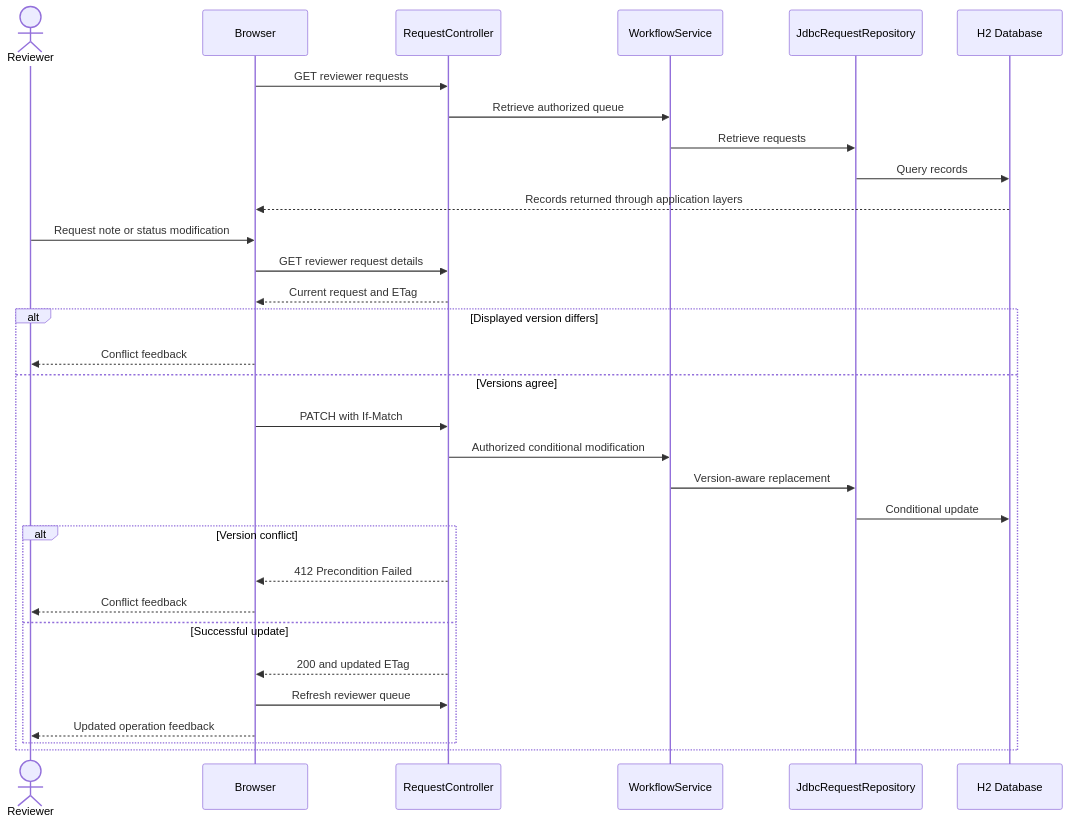
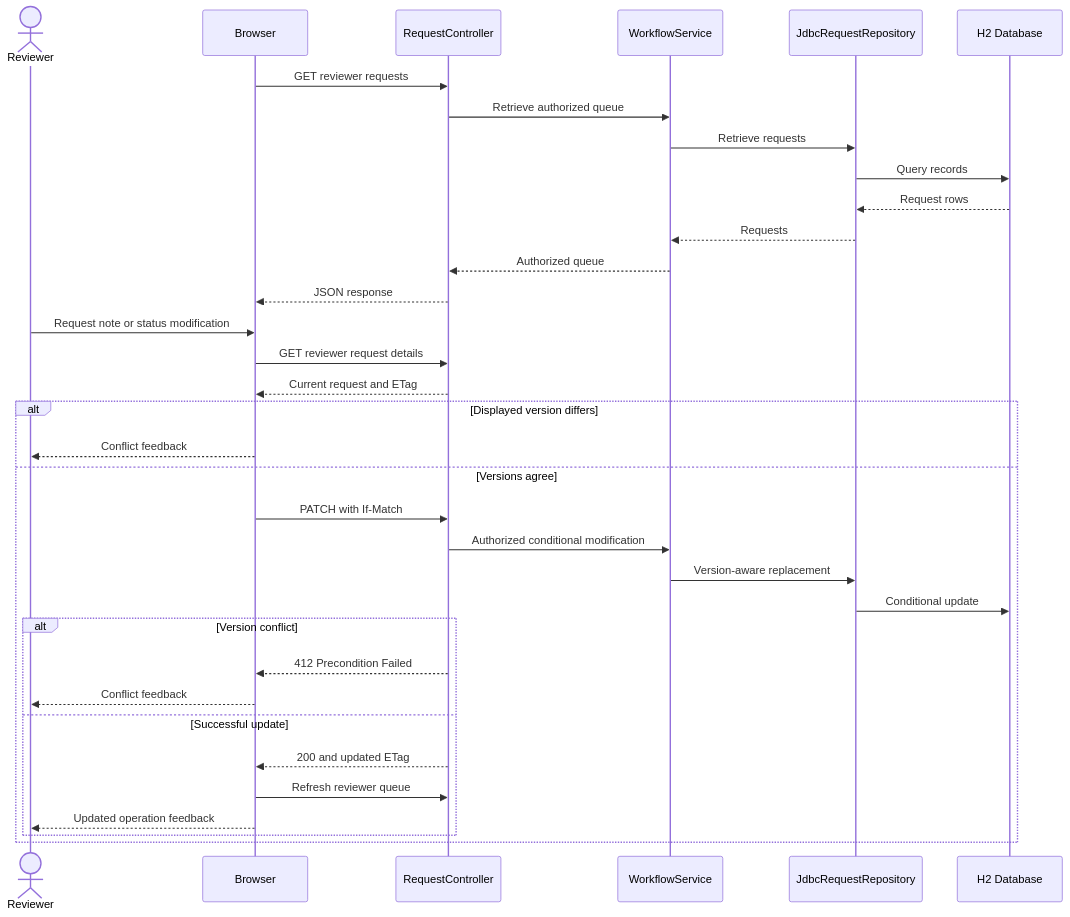
The diagram in docs/architecture/api-contracts.md (victordodan/-comp330-f26-team-02), drawn with Mermaid before and after one commit. The commit also changed other lines of this file, not shown here.

Commit message:
docs(a6): trace the REST response through the application layers

````diff
--- a/docs/architecture/api-contracts.md
+++ b/docs/architecture/api-contracts.md
@@ -868,37 +866,40 @@
 ```mermaid
 sequenceDiagram
     actor Reviewer
     participant Browser
     participant Controller as RequestController
     participant Service as WorkflowService
     participant Repository as JdbcRequestRepository
     participant DB as H2 Database
 
     Browser->>Controller: GET reviewer requests
     Controller->>Service: Retrieve authorized queue
     Service->>Repository: Retrieve requests
     Repository->>DB: Query records
-    DB-->>Browser: Records returned through application layers
+    DB-->>Repository: Request rows
+    Repository-->>Service: Requests
+    Service-->>Controller: Authorized queue
+    Controller-->>Browser: JSON response
 
     Reviewer->>Browser: Request note or status modification
     Browser->>Controller: GET reviewer request details
     Controller-->>Browser: Current request and ETag
 
     alt Displayed version differs
         Browser-->>Reviewer: Conflict feedback
     else Versions agree
         Browser->>Controller: PATCH with If-Match
         Controller->>Service: Authorized conditional modification
         Service->>Repository: Version-aware replacement
         Repository->>DB: Conditional update
 
         alt Version conflict
             Controller-->>Browser: 412 Precondition Failed
             Browser-->>Reviewer: Conflict feedback
         else Successful update
             Controller-->>Browser: 200 and updated ETag
             Browser->>Controller: Refresh reviewer queue
             Browser-->>Reviewer: Updated operation feedback
         end
     end
 ```
````
